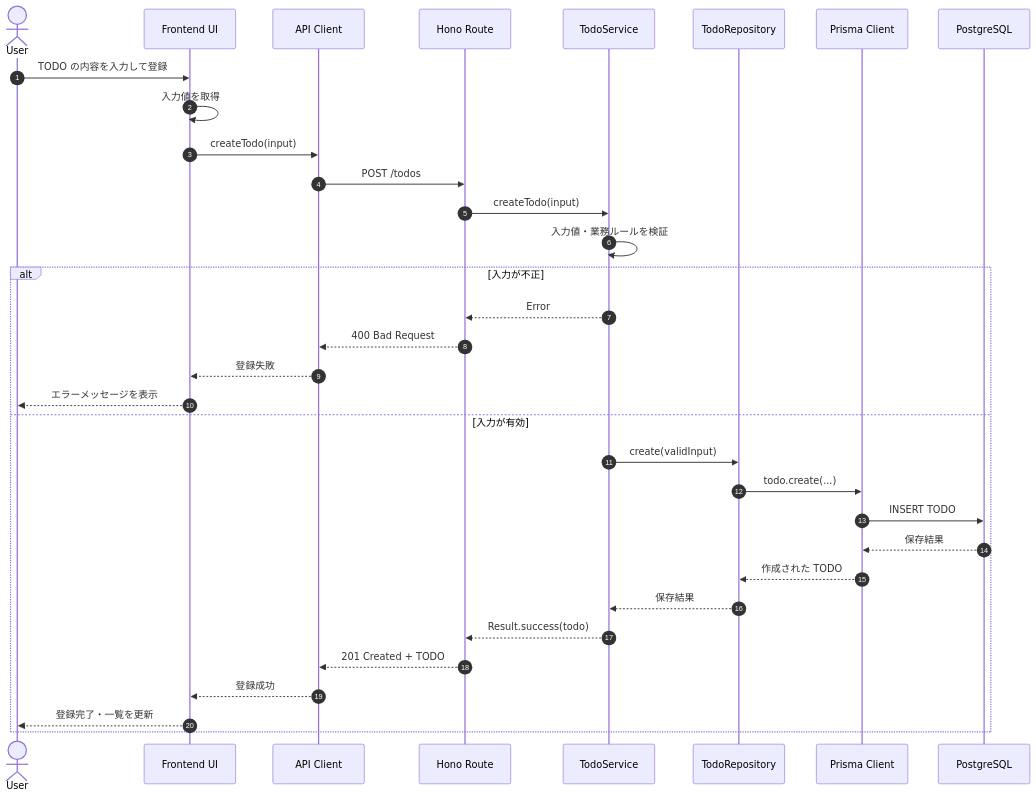
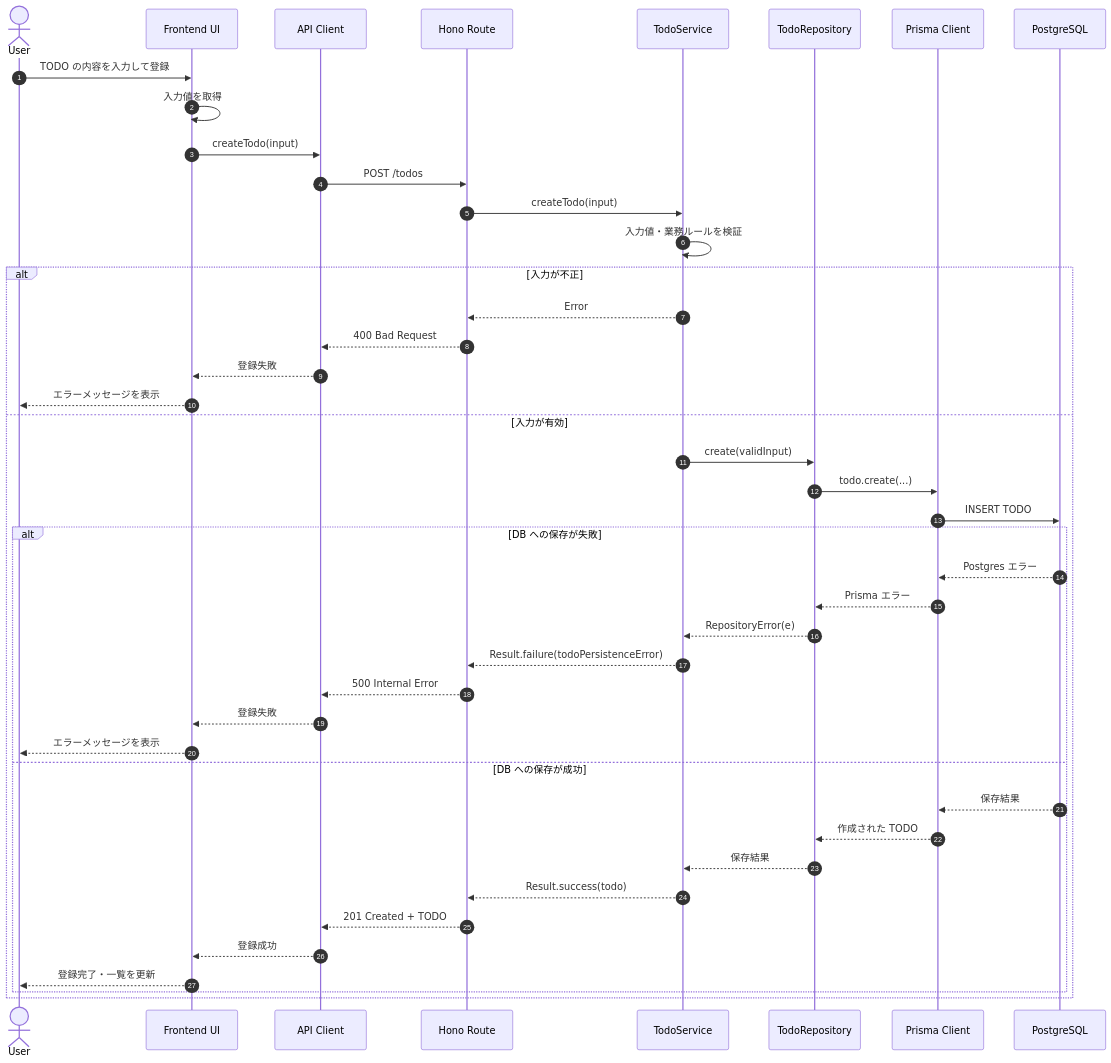
The second of 3 diagrams in Docs/sequence_diagram.md (Mono5571/TODOAppDemo), drawn with Mermaid before and after one commit. The commit also changed other lines of this file, not shown here.

````diff
--- a/Docs/sequence_diagram.md
+++ b/Docs/sequence_diagram.md
@@ -1,37 +45,47 @@
 ```mermaid
 sequenceDiagram
     autonumber
     actor User as User
     participant UI as Frontend UI
     participant API as API Client
     participant Route as Hono Route
     participant Service as TodoService
     participant Repo as TodoRepository
     participant Prisma as Prisma Client
     participant DB as PostgreSQL
 
     User->>UI: TODO の内容を入力して登録
     UI->>UI: 入力値を取得
     UI->>API: createTodo(input)
     API->>Route: POST /todos
     Route->>Service: createTodo(input)
     Service->>Service: 入力値・業務ルールを検証
 
     alt 入力が不正
         Service-->>Route: Error
         Route-->>API: 400 Bad Request
         API-->>UI: 登録失敗
         UI-->>User: エラーメッセージを表示
     else 入力が有効
         Service->>Repo: create(validInput)
         Repo->>Prisma: todo.create(...)
         Prisma->>DB: INSERT TODO
-        DB-->>Prisma: 保存結果
-        Prisma-->>Repo: 作成された TODO
-        Repo-->>Service: 保存結果
-        Service-->>Route: Result.success(todo)
-        Route-->>API: 201 Created + TODO
-        API-->>UI: 登録成功
-        UI-->>User: 登録完了・一覧を更新
+        alt DB への保存が失敗
+            DB-->>Prisma:Postgres エラー
+            Prisma-->>Repo: Prisma エラー
+            Repo-->>Service: RepositoryError(e)
+            Service-->>Route: Result.failure(todoPersistenceError)
+            Route-->>API: 500 Internal Error
+            API-->>UI: 登録失敗
+            UI-->>User: エラーメッセージを表示
+        else DB への保存が成功
+            DB-->>Prisma: 保存結果
+            Prisma-->>Repo: 作成された TODO
+            Repo-->>Service: 保存結果
+            Service-->>Route: Result.success(todo)
+            Route-->>API: 201 Created + TODO
+            API-->>UI: 登録成功
+            UI-->>User: 登録完了・一覧を更新
+        end
     end
 ```
````
